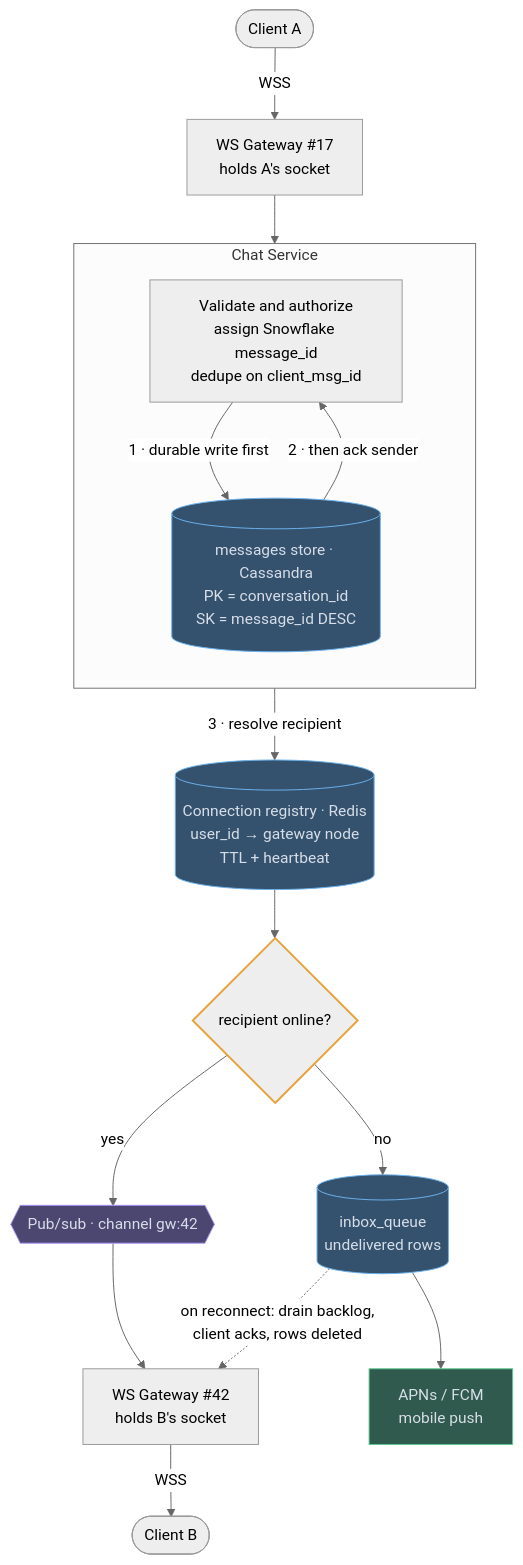
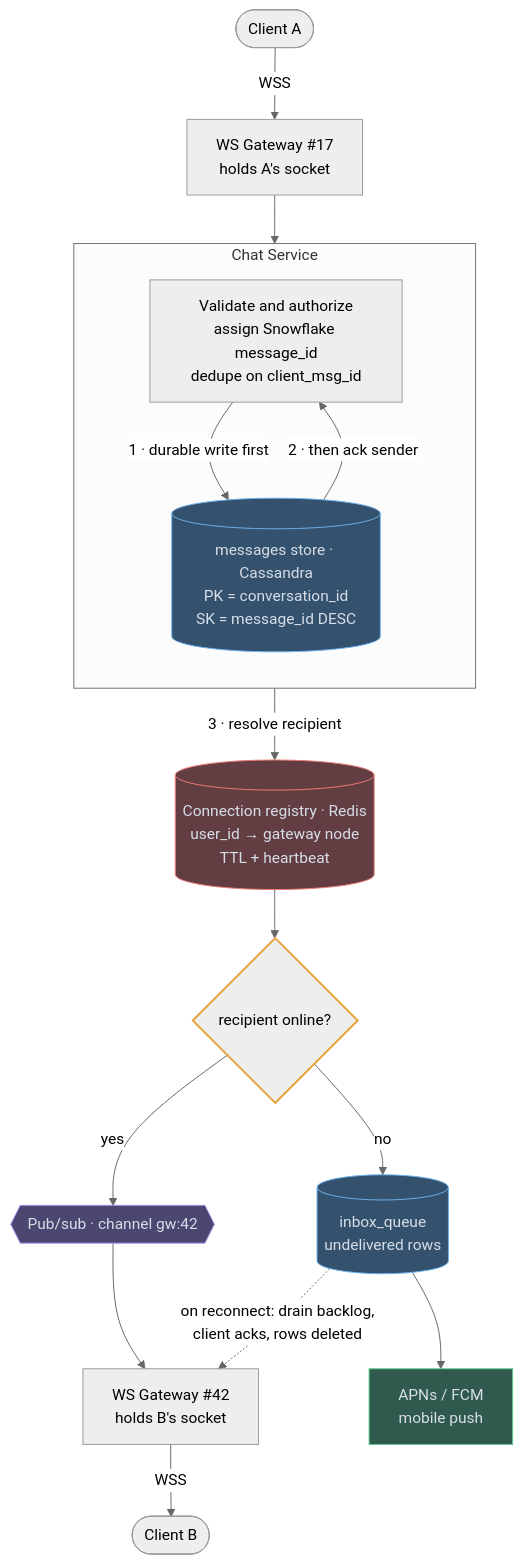
The diagram in content/designs/02-chat-slack.md (mertkahyaoglu/atlas), drawn with Mermaid (neutral theme) before and after one commit. The commit also changed 16 other files, not shown here.

First line of the commit message:
Split store into db/cache/blob; color gateway and load-balancer nodes

````diff
--- a/content/designs/02-chat-slack.md
+++ b/content/designs/02-chat-slack.md
@@ -111,40 +111,42 @@
 ```mermaid
 flowchart TB
     A([Client A]) -- "WSS" --> GWA["WS Gateway #17<br/>holds A's socket"]
     GWA --> Chat
 
     subgraph CHAT ["Chat Service"]
         direction TB
         Chat["Validate and authorize<br/>assign Snowflake message_id<br/>dedupe on client_msg_id"]
         Durable[("messages store · Cassandra<br/>PK = conversation_id<br/>SK = message_id DESC")]
         Chat -- "1 · durable write first" --> Durable
         Durable -- "2 · then ack sender" --> Chat
     end
 
     Chat -- "3 · resolve recipient" --> Registry
     Registry[("Connection registry · Redis<br/>user_id → gateway node<br/>TTL + heartbeat")]
     Registry --> Online{"recipient online?"}
 
     Online -- "yes" --> PubSub{{"Pub/sub · channel gw:42"}}
     PubSub --> GWB["WS Gateway #42<br/>holds B's socket"]
     GWB -- "WSS" --> B([Client B])
 
     Online -- "no" --> Inbox[("inbox_queue<br/>undelivered rows")]
     Inbox --> Push["APNs / FCM<br/>mobile push"]
     Inbox -. "on reconnect: drain backlog,<br/>client acks, rows deleted" .-> GWB
 
-    classDef store fill:#34526e,stroke:#6cb2ee,color:#d7dee8
+    classDef db fill:#34526e,stroke:#6cb2ee,color:#d7dee8
+    classDef cache fill:#623e43,stroke:#f07a73,color:#d7dee8
     classDef queue fill:#4b4771,stroke:#ad94f7,color:#d7dee8
     classDef external fill:#2f5a4d,stroke:#5cc98f,color:#d7dee8
     classDef hot stroke:#e8a33d,stroke-width:2px
-    class Durable,Registry,Inbox store
+    class Durable,Inbox db
+    class Registry cache
     class Online hot
     class PubSub queue
     class Push external
 
     click GWA href "/docs/07-apis-and-communication" "Role: keeps sender A's persistent connection and forwards messages inward.<br/>Trade-off: a stateful node, and a crash drops thousands of sockets that all reconnect."
     click GWB href "/docs/07-apis-and-communication" "Role: pushes messages to B over the socket it holds.<br/>Trade-off: sticky state, so rebalancing gateways causes reconnect storms."
     click Durable href "/docs/02-data-storage" "Role: persists every message before the sender gets an ack, one partition per conversation.<br/>Trade-off: very large group chats turn into hot partitions."
     click Registry href "/docs/07-apis-and-communication" "Role: finds which gateway holds the recipient's socket.<br/>Trade-off: entries go stale when a gateway crashes, and TTL heartbeats bound how wrong they get."
     click PubSub href "/docs/05-async-messaging-and-event-driven" "Role: delivers to the one gateway holding B instead of every node.<br/>Trade-off: fire-and-forget, so the inbox queue covers anything it loses."
 ```
````
